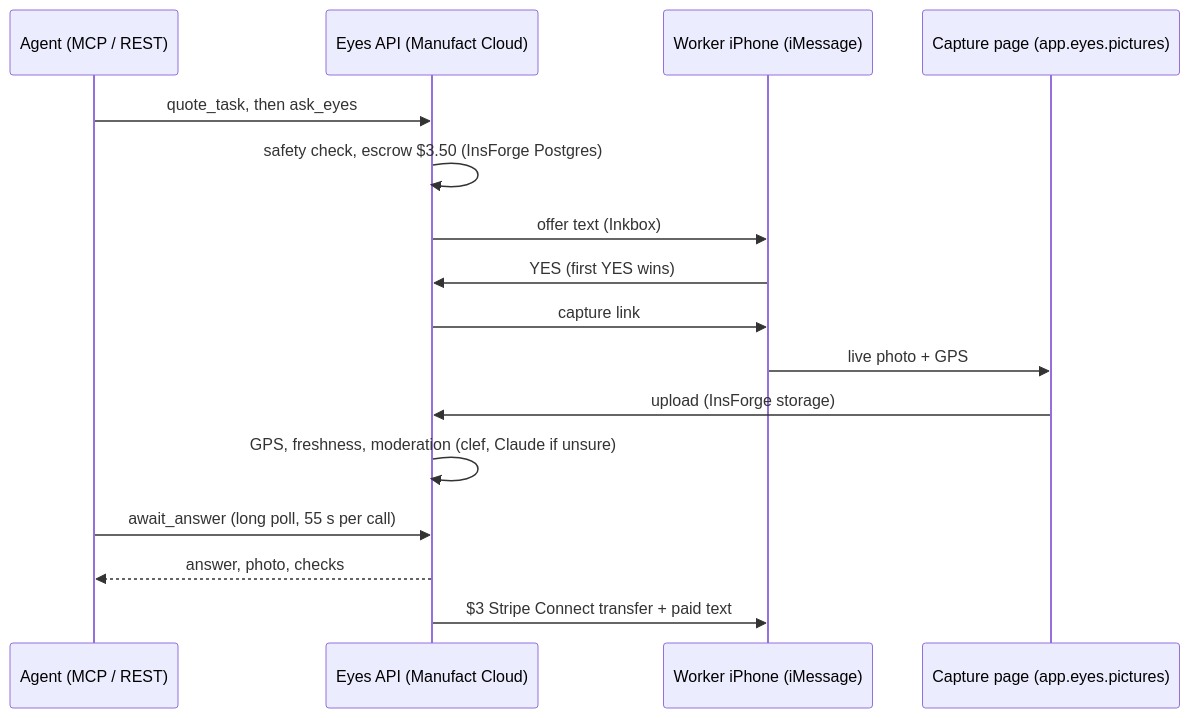
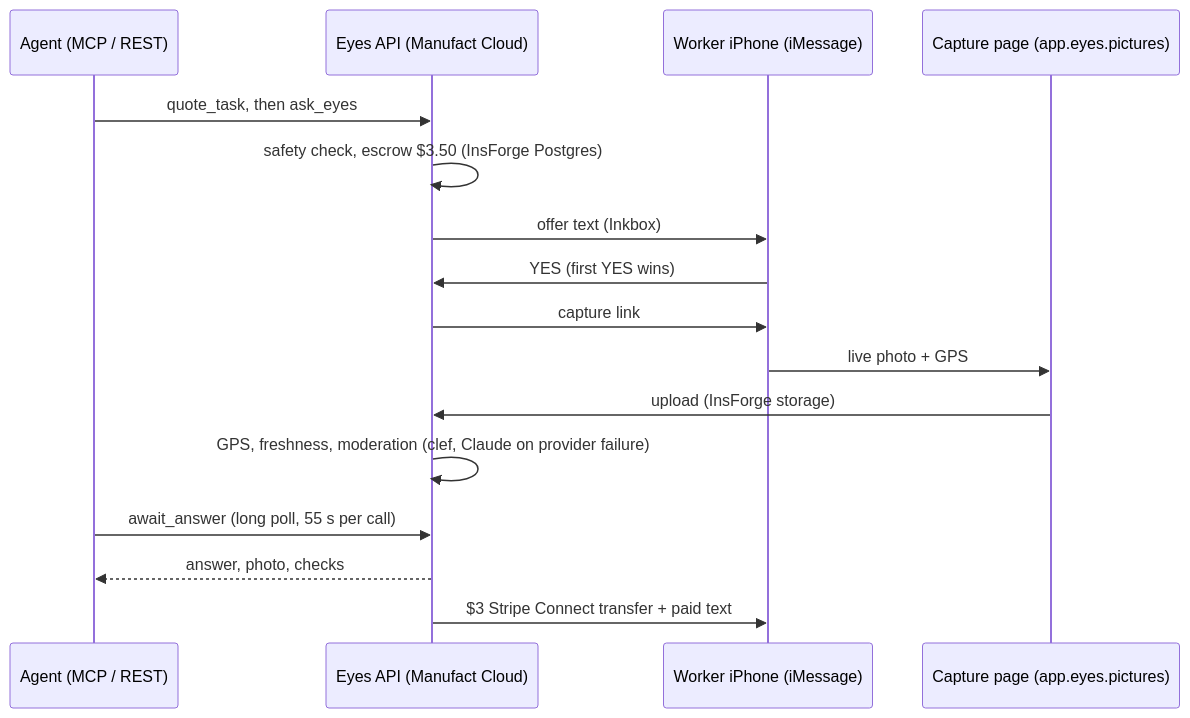
The diagram in README.md (Reggiebro/eyes), drawn with Mermaid before and after one commit. The commit also changed other lines of this file, not shown here.

````diff
--- a/README.md
+++ b/README.md
@@ -60,18 +64,18 @@
 ```mermaid
 sequenceDiagram
     participant A as Agent (MCP / REST)
     participant E as Eyes API (Manufact Cloud)
     participant W as Worker iPhone (iMessage)
     participant C as Capture page (app.eyes.pictures)
     A->>E: quote_task, then ask_eyes
     E->>E: safety check, escrow $3.50 (InsForge Postgres)
     E->>W: offer text (Inkbox)
     W->>E: YES (first YES wins)
     E->>W: capture link
     W->>C: live photo + GPS
     C->>E: upload (InsForge storage)
-    E->>E: GPS, freshness, moderation (clef, Claude if unsure)
+    E->>E: GPS, freshness, moderation (clef, Claude on provider failure)
     A->>E: await_answer (long poll, 55 s per call)
     E-->>A: answer, photo, checks
     E->>W: $3 Stripe Connect transfer + paid text
 ```
````
